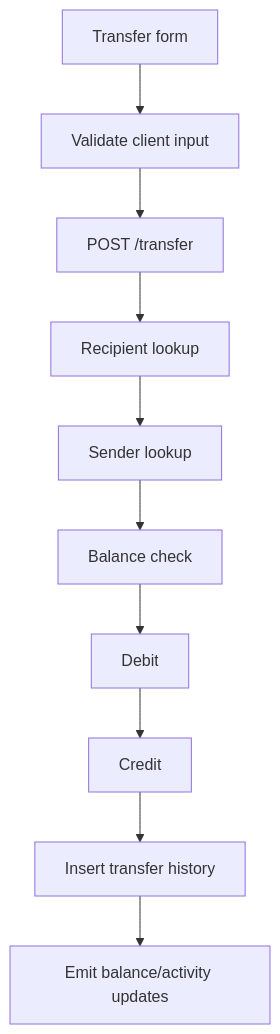
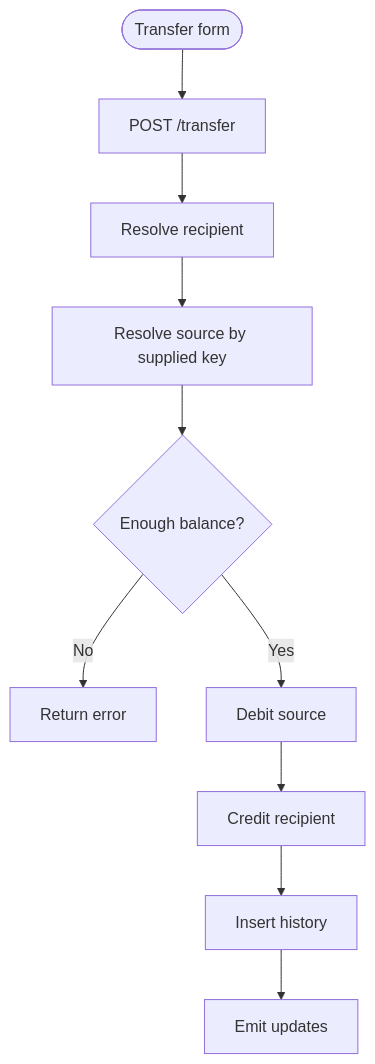
One commit to Brajesh31/ArcherE-Bank changed the third of 4 diagrams in docs/workflow.md. Above: the diagram before and after it, drawn with Mermaid. The commit also changed other lines of this file and 63 other files, not shown here.

````diff
--- a/docs/workflow.md
+++ b/docs/workflow.md
@@ -29,12 +55,12 @@
-```mermaid
+~~~mermaid
 flowchart TD
-    A[Transfer form] --> B[Validate client input]
-    B --> C[POST /transfer]
-    C --> D[Recipient lookup]
-    D --> E[Sender lookup]
-    E --> F[Balance check]
-    F --> G[Debit]
-    G --> H[Credit]
-    H --> I[Insert transfer history]
-    I --> J[Emit balance/activity updates]
-```
+    A([Transfer form]) --> B[POST /transfer]
+    B --> C[Resolve recipient]
+    C --> D[Resolve source by supplied key]
+    D --> E{Enough balance?}
+    E -->|No| F[Return error]
+    E -->|Yes| G[Debit source]
+    G --> H[Credit recipient]
+    H --> I[Insert history]
+    I --> J[Emit updates]
+~~~
````
